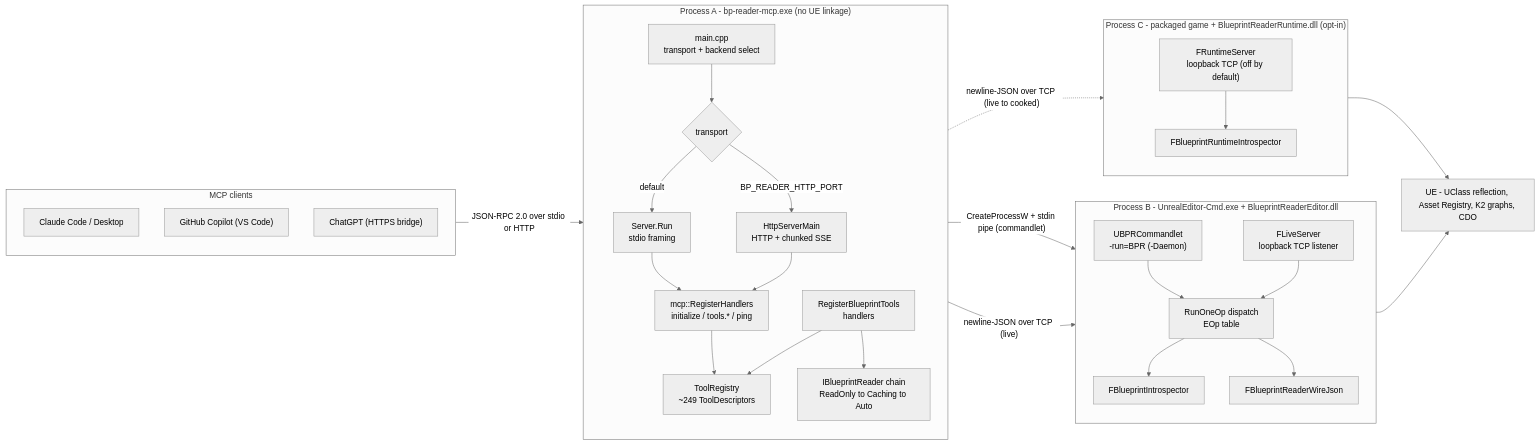
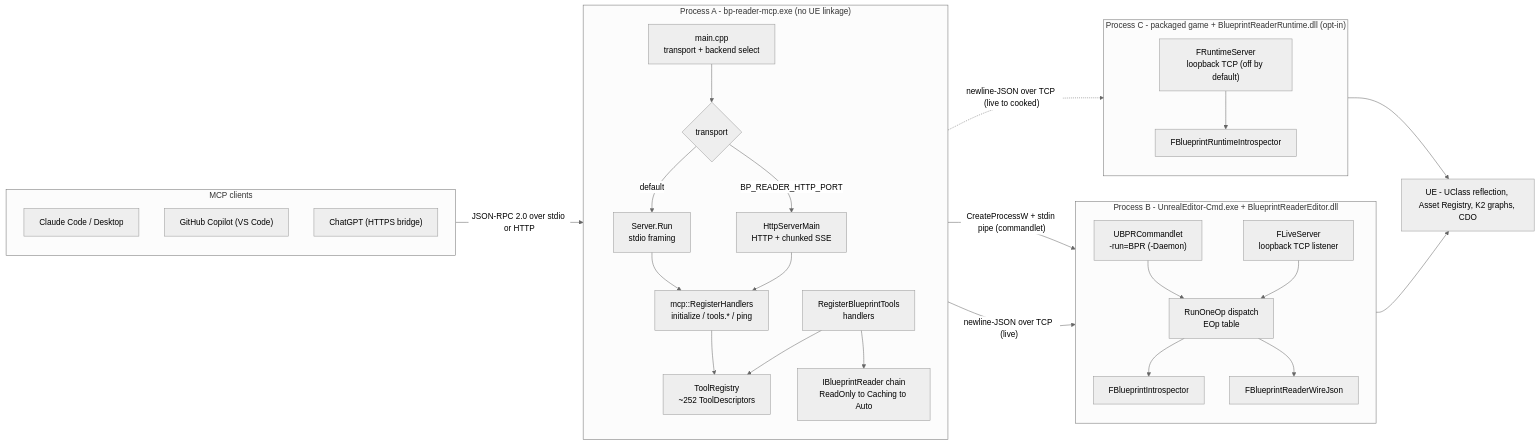
Before and after one commit to defessler/Unreal-Engine-5-MCP: the first of 10 diagrams in wiki/Architecture.md, drawn with Mermaid (neutral theme). The commit also changed 3 other files, not shown here.

````diff
--- a/wiki/Architecture.md
+++ b/wiki/Architecture.md
@@ -30,58 +30,58 @@
 ```mermaid
 flowchart LR
     subgraph clients["MCP clients"]
         direction TB
         CC["Claude Code / Desktop"]
         CP["GitHub Copilot (VS Code)"]
         GP["ChatGPT (HTTPS bridge)"]
     end
 
     subgraph proc_server["Process A - bp-reader-mcp.exe (no UE linkage)"]
         direction TB
         MAIN["main.cpp<br/>transport + backend select"]
         TRANSPORT{"transport"}
         STDIO["Server.Run<br/>stdio framing"]
         HTTP["HttpServerMain<br/>HTTP + chunked SSE"]
         MCP["mcp::RegisterHandlers<br/>initialize / tools.* / ping"]
-        REG["ToolRegistry<br/>~249 ToolDescriptors"]
+        REG["ToolRegistry<br/>~252 ToolDescriptors"]
         BTOOLS["RegisterBlueprintTools<br/>handlers"]
         CHAIN["IBlueprintReader chain<br/>ReadOnly to Caching to Auto"]
         MAIN --> TRANSPORT
         TRANSPORT -->|default| STDIO
         TRANSPORT -->|BP_READER_HTTP_PORT| HTTP
         STDIO --> MCP
         HTTP --> MCP
         MCP --> REG
         BTOOLS --> REG
         BTOOLS --> CHAIN
     end
 
     subgraph proc_editor["Process B - UnrealEditor-Cmd.exe + BlueprintReaderEditor.dll"]
         direction TB
         DAEMON["UBPRCommandlet<br/>-run=BPR (-Daemon)"]
         LIVE["FLiveServer<br/>loopback TCP listener"]
         RUNONE["RunOneOp dispatch<br/>EOp table"]
         INTRO["FBlueprintIntrospector"]
         WIRE["FBlueprintReaderWireJson"]
         DAEMON --> RUNONE
         LIVE --> RUNONE
         RUNONE --> INTRO
         RUNONE --> WIRE
     end
 
     subgraph proc_cooked["Process C - packaged game + BlueprintReaderRuntime.dll (opt-in)"]
         direction TB
         RTSRV["FRuntimeServer<br/>loopback TCP (off by default)"]
         RTINTRO["FBlueprintRuntimeIntrospector"]
         RTSRV --> RTINTRO
     end
 
     UEREFL["UE - UClass reflection, Asset Registry, K2 graphs, CDO"]
 
     clients -->|"JSON-RPC 2.0 over stdio or HTTP"| MAIN
     CHAIN -->|"CreateProcessW + stdin pipe (commandlet)"| DAEMON
     CHAIN -->|"newline-JSON over TCP (live)"| LIVE
     CHAIN -.->|"newline-JSON over TCP (live to cooked)"| RTSRV
     INTRO --> UEREFL
     RTINTRO --> UEREFL
 ```
````
